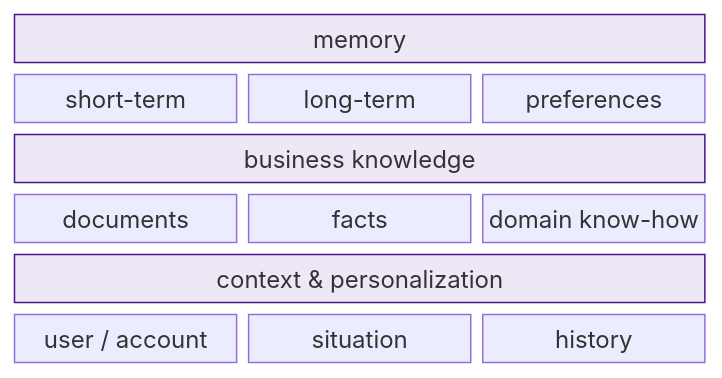
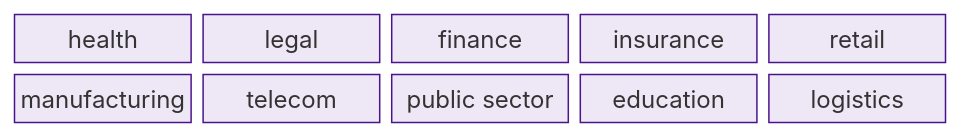
One commit to michaelatamuk/agentic-desk changed the second of 5 diagrams in docs-michael/agentic-stack-vertical.md. Above: the diagram before and after it, drawn with Mermaid. The commit also changed other lines of this file, not shown here.

````diff
--- a/docs-michael/agentic-stack-vertical.md
+++ b/docs-michael/agentic-stack-vertical.md
@@ -117,13 +34,16 @@
 ```mermaid
 block-beta
-  columns 3
-  C1["memory"]:3
-  c1["short-term"] c2["long-term"] c3["preferences"]
-  C2["business knowledge"]:3
-  c4["documents"] c5["facts"] c6["domain know-how"]
-  C3["context & personalization"]:3
-  c7["user / account"] c8["situation"] c9["history"]
-  style C1 fill:#ede7f6,stroke:#4a148c,color:#000000
-  style C2 fill:#ede7f6,stroke:#4a148c,color:#000000
-  style C3 fill:#ede7f6,stroke:#4a148c,color:#000000
+  columns 5
+  i1["health"] i2["legal"] i3["finance"] i4["insurance"] i5["retail"]
+  i6["manufacturing"] i7["telecom"] i8["public sector"] i9["education"] i10["logistics"]
+  style i1 fill:#ede7f6,stroke:#4a148c,color:#000000
+  style i2 fill:#ede7f6,stroke:#4a148c,color:#000000
+  style i3 fill:#ede7f6,stroke:#4a148c,color:#000000
+  style i4 fill:#ede7f6,stroke:#4a148c,color:#000000
+  style i5 fill:#ede7f6,stroke:#4a148c,color:#000000
+  style i6 fill:#ede7f6,stroke:#4a148c,color:#000000
+  style i7 fill:#ede7f6,stroke:#4a148c,color:#000000
+  style i8 fill:#ede7f6,stroke:#4a148c,color:#000000
+  style i9 fill:#ede7f6,stroke:#4a148c,color:#000000
+  style i10 fill:#ede7f6,stroke:#4a148c,color:#000000
 ```
````
